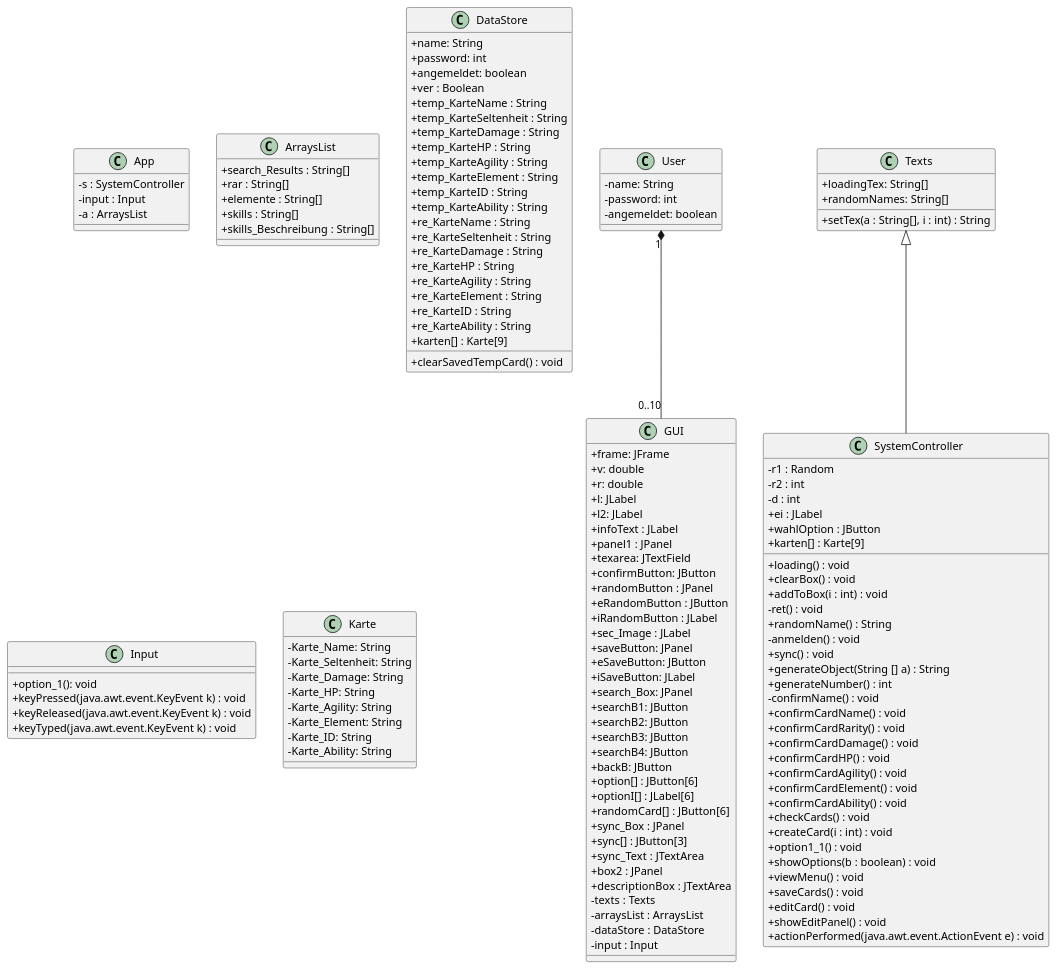
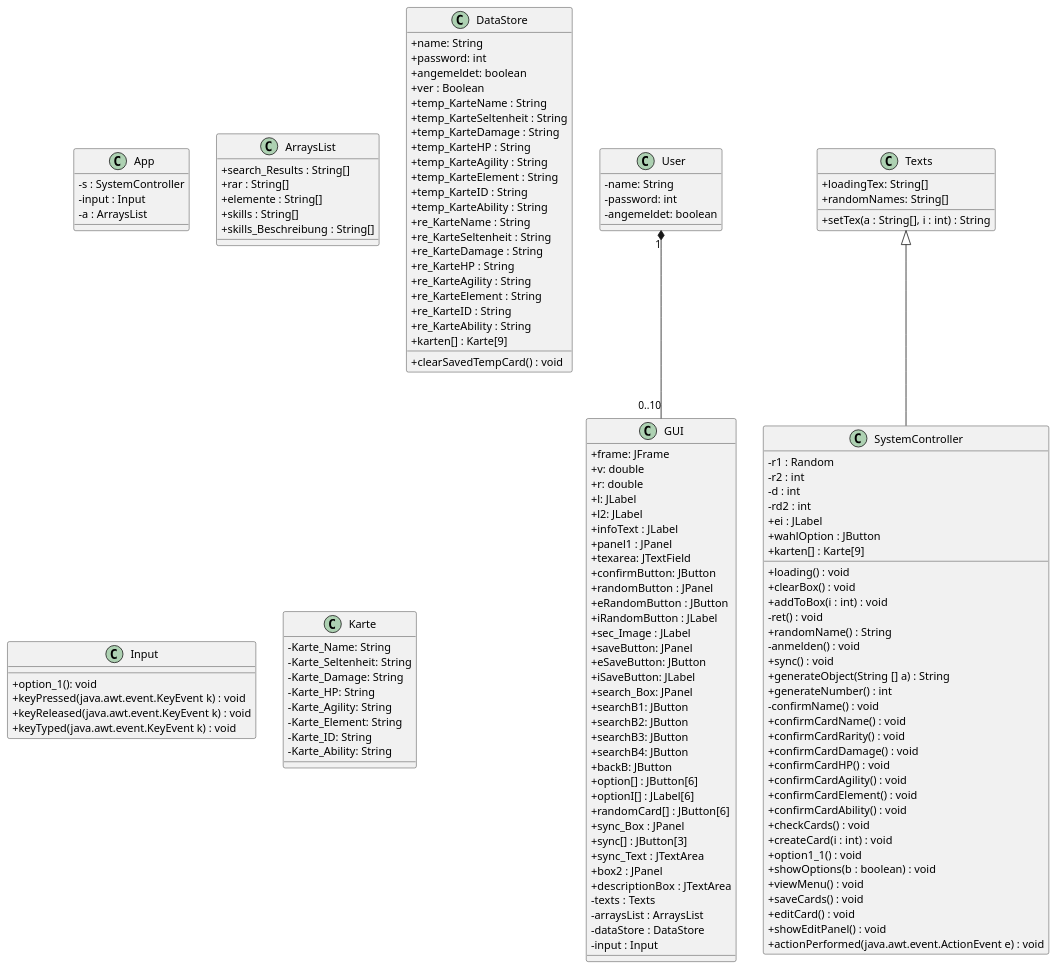
The diagram in Docs/Pflichtenheft/Diagramme/Klassendiagramm.iuml (teach404W/Verwaltungssoftware_Team_2), drawn with PlantUML before and after one commit. The commit also changed 9 other files, not shown here.

```diff
--- a/Docs/Pflichtenheft/Diagramme/Klassendiagramm.iuml
+++ b/Docs/Pflichtenheft/Diagramme/Klassendiagramm.iuml
@@ -1,159 +1,160 @@
 @startuml
 skinparam classAttributeIconSize 0
 
 class App{
  -s : SystemController
  -input : Input
  -a : ArraysList
 }
 
 
 
 class ArraysList{
 +search_Results : String[]
 +rar : String[]
 +elemente : String[]
 +skills : String[]
 +skills_Beschreibung : String[]
 
  }
  
  class DataStore{
  +name: String
  +password: int
  +angemeldet: boolean
  +ver : Boolean
  +temp_KarteName : String
  +temp_KarteSeltenheit : String
  +temp_KarteDamage : String
  +temp_KarteHP : String
  +temp_KarteAgility : String
  +temp_KarteElement : String
  +temp_KarteID : String
  +temp_KarteAbility : String    
  +re_KarteName : String
  +re_KarteSeltenheit : String
  +re_KarteDamage : String
  +re_KarteHP : String
  +re_KarteAgility : String
  +re_KarteElement : String
  +re_KarteID : String
  +re_KarteAbility : String
  +karten[] : Karte[9]
  +clearSavedTempCard() : void
 }
 
 
 
 
 
 class GUI{
  +frame: JFrame
  +v: double
  +r: double
  +l: JLabel
  +l2: JLabel
  +infoText : JLabel
  +panel1 : JPanel
  +texarea: JTextField
  +confirmButton: JButton
  +randomButton : JPanel
  +eRandomButton : JButton
  +iRandomButton : JLabel
  +sec_Image : JLabel
  +saveButton: JPanel
  +eSaveButton: JButton
  +iSaveButton: JLabel
  +search_Box: JPanel
  +searchB1: JButton
  +searchB2: JButton
  +searchB3: JButton
  +searchB4: JButton
  +backB: JButton
  +option[] : JButton[6]
  +optionI[] : JLabel[6]
  +randomCard[] : JButton[6]
  +sync_Box : JPanel
  +sync[] : JButton[3]
  +sync_Text : JTextArea
  +box2 : JPanel
  +descriptionBox : JTextArea
  -texts : Texts
  -arraysList : ArraysList
  -dataStore : DataStore
  -input : Input
 
 }
 
 
 class Input{
  +option_1(): void
  +keyPressed(java.awt.event.KeyEvent k) : void
  +keyReleased(java.awt.event.KeyEvent k) : void
  +keyTyped(java.awt.event.KeyEvent k) : void
 }
 
 class Karte{
  -Karte_Name: String
  -Karte_Seltenheit: String
  -Karte_Damage: String
  -Karte_HP: String
  -Karte_Agility: String
  -Karte_Element: String
  -Karte_ID: String
  -Karte_Ability: String
 
 }
 
 class SystemController{
 -r1 : Random
 -r2 : int
 -d : int
+-rd2 : int
 +ei : JLabel
 +wahlOption : JButton
  +karten[] : Karte[9]
  +loading() : void
  +clearBox() : void
  +addToBox(i : int) : void
  -ret() : void
  +randomName() : String
  -anmelden() : void
  +sync() : void
  +generateObject(String [] a) : String
  +generateNumber() : int
  -confirmName() : void
  +confirmCardName() : void
  +confirmCardRarity() : void
  +confirmCardDamage() : void
  +confirmCardHP() : void
  +confirmCardAgility() : void
  +confirmCardElement() : void
  +confirmCardAbility() : void
  +checkCards() : void
  +createCard(i : int) : void
  +option1_1() : void
  +showOptions(b : boolean) : void
  +viewMenu() : void
  +saveCards() : void
  +editCard() : void
  +showEditPanel() : void
  +actionPerformed(java.awt.event.ActionEvent e) : void
 }
 
 
 class Texts{
 +loadingTex: String[]
 +randomNames: String[]
 +setTex(a : String[], i : int) : String
 }
 
 class User{
  -name: String
  -password: int
  -angemeldet: boolean
 }
 
 User "1" *-- "0..10" GUI
 Texts <|-- SystemController
 
 @enduml
```
